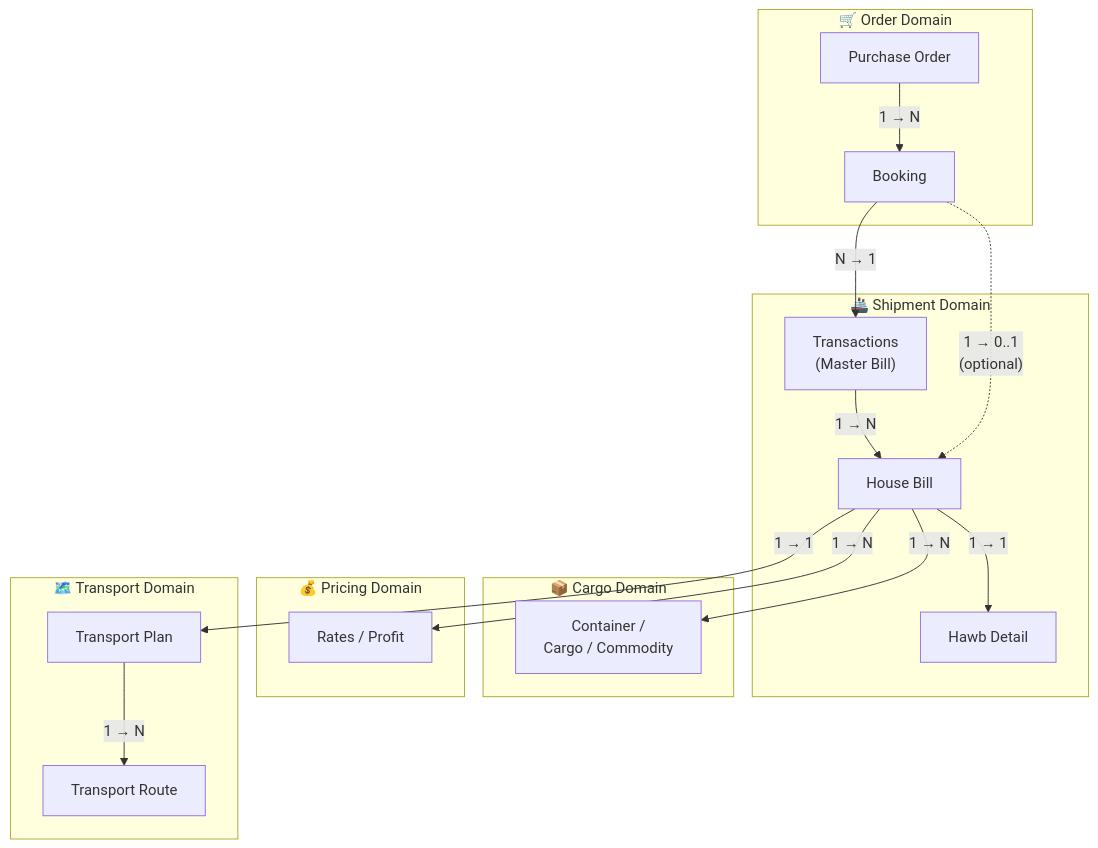
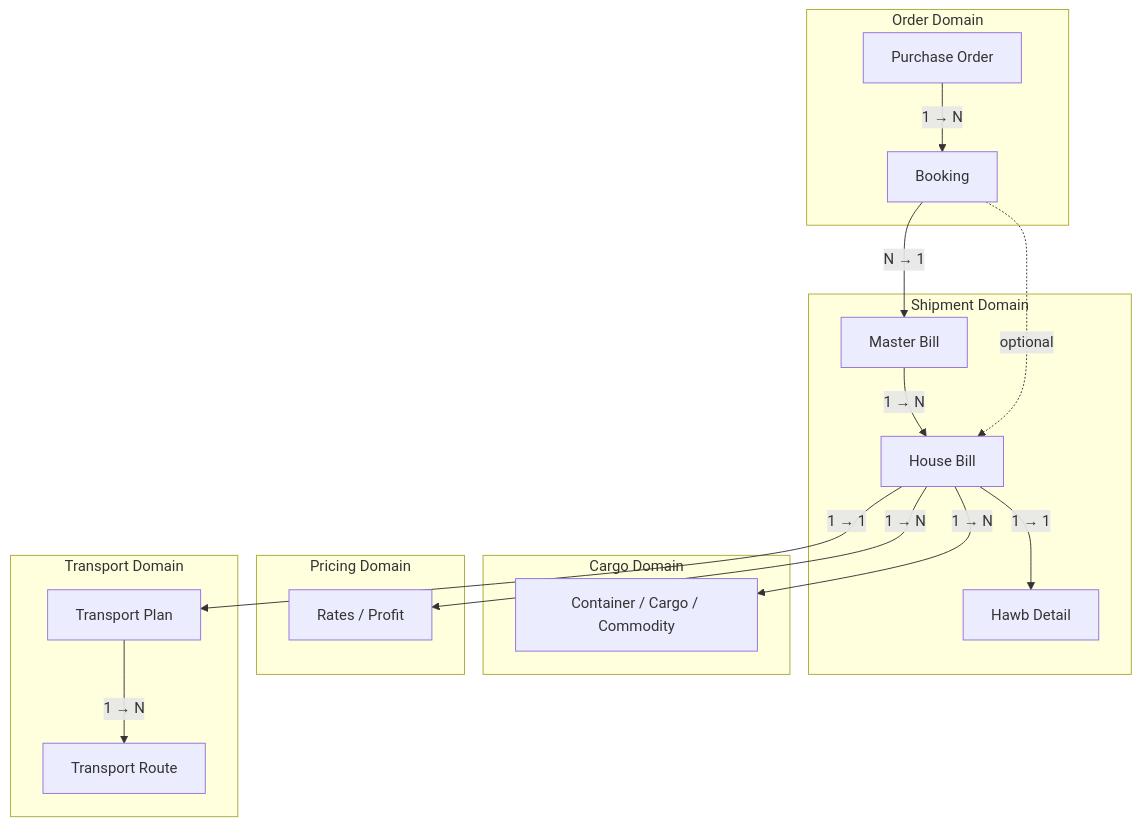
The first of 2 diagrams in projects/bf1/ERD.md (ngcdan/wiki), drawn with Mermaid before and after one commit.

Commit message:
docs: sắp xếp lại DDD diagram, bỏ icon

````diff
--- a/projects/bf1/ERD.md
+++ b/projects/bf1/ERD.md
@@ -13,36 +13,29 @@
 ```mermaid
 graph TD
-    subgraph ORDER["🛒 Order Domain"]
-        PO["Purchase Order"]
-        BK["Booking"]
+    subgraph ORDER["Order Domain"]
+        PO["Purchase Order"] -->|"1 → N"| BK["Booking"]
     end
 
-    subgraph SHIPMENT["🚢 Shipment Domain"]
-        MB["Transactions\n(Master Bill)"]
-        HB["House Bill"]
-        HD["Hawb Detail"]
+    subgraph SHIPMENT["Shipment Domain"]
+        MB["Master Bill"] -->|"1 → N"| HB["House Bill"]
+        HB -->|"1 → 1"| HD["Hawb Detail"]
     end
 
-    subgraph CARGO["📦 Cargo Domain"]
-        CC["Container /\nCargo / Commodity"]
+    subgraph CARGO["Cargo Domain"]
+        CC["Container / Cargo / Commodity"]
     end
 
-    subgraph PRICING["💰 Pricing Domain"]
+    subgraph PRICING["Pricing Domain"]
         RP["Rates / Profit"]
     end
 
-    subgraph TRANSPORT["🗺️ Transport Domain"]
-        TP["Transport Plan"]
-        TR["Transport Route"]
+    subgraph TRANSPORT["Transport Domain"]
+        TP["Transport Plan"] -->|"1 → N"| TR["Transport Route"]
     end
 
-    PO -->|"1 → N"| BK
     BK -->|"N → 1"| MB
-    MB -->|"1 → N"| HB
-    BK -.->|"1 → 0..1\n(optional)"| HB
+    BK -.->|"optional"| HB
     HB -->|"1 → N"| CC
     HB -->|"1 → N"| RP
-    HB -->|"1 → 1"| HD
     HB -->|"1 → 1"| TP
-    TP -->|"1 → N"| TR
 ```
````
